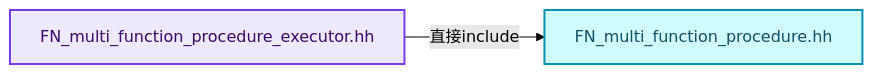
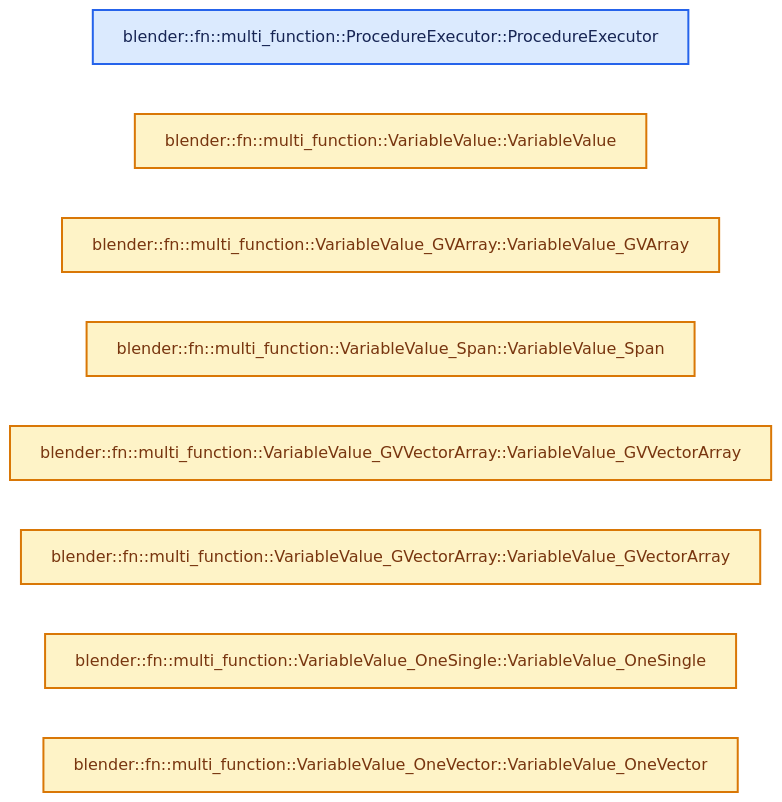
The second of 4 diagrams in 杂/markdown/全面学习-codex/07-MultiFunction与批量执行/09-执行器与内存复用.md (yunkezengren/blender-.vscode), drawn with Mermaid (forest theme) before and after one commit. The commit also changed other lines of this file and 1930 other files, not shown here.

````diff
--- a/杂/markdown/全面学习-codex/07-MultiFunction与批量执行/09-执行器与内存复用.md
+++ b/杂/markdown/全面学习-codex/07-MultiFunction与批量执行/09-执行器与内存复用.md
@@ -86,12 +46,17 @@
 ```mermaid
 flowchart LR
-  S["FN_multi_function_procedure_executor.hh"]:::abstraction
-  I0["FN_multi_function_procedure.hh"]:::data
-  S -->|"直接include"| I0
+  F0["blender::fn::multi_function::ProcedureExecutor::ProcedureExecutor"]:::input
+  F1["blender::fn::multi_function::VariableValue::VariableValue"]:::compute
+  F2["blender::fn::multi_function::VariableValue_GVArray::VariableValue_GVArray"]:::compute
+  F3["blender::fn::multi_function::VariableValue_Span::VariableValue_Span"]:::compute
+  F4["blender::fn::multi_function::VariableValue_GVVectorArray::VariableValue_GVVectorArray"]:::compute
+  F5["blender::fn::multi_function::VariableValue_GVectorArray::VariableValue_GVectorArray"]:::compute
+  F6["blender::fn::multi_function::VariableValue_OneSingle::VariableValue_OneSingle"]:::compute
+  F7["blender::fn::multi_function::VariableValue_OneVector::VariableValue_OneVector"]:::compute
   classDef input fill:#DBEAFE,stroke:#2563EB,color:#172554,stroke-width:2px;
   classDef data fill:#CFFAFE,stroke:#0891B2,color:#164E63,stroke-width:2px;
   classDef abstraction fill:#EDE9FE,stroke:#7C3AED,color:#3B0764,stroke-width:2px;
   classDef compute fill:#FEF3C7,stroke:#D97706,color:#78350F,stroke-width:2px;
   classDef result fill:#DCFCE7,stroke:#16A34A,color:#14532D,stroke-width:2px;
   classDef error fill:#FEE2E2,stroke:#DC2626,color:#7F1D1D,stroke-width:2px;
 ```
````
